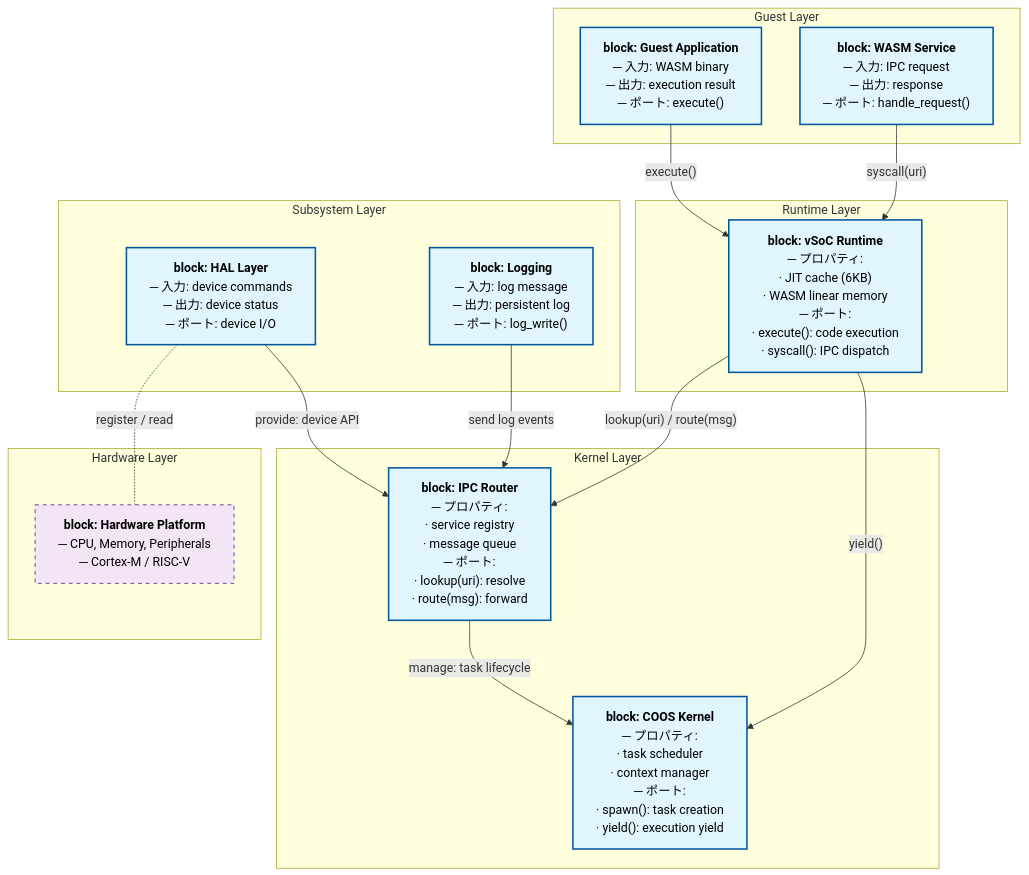
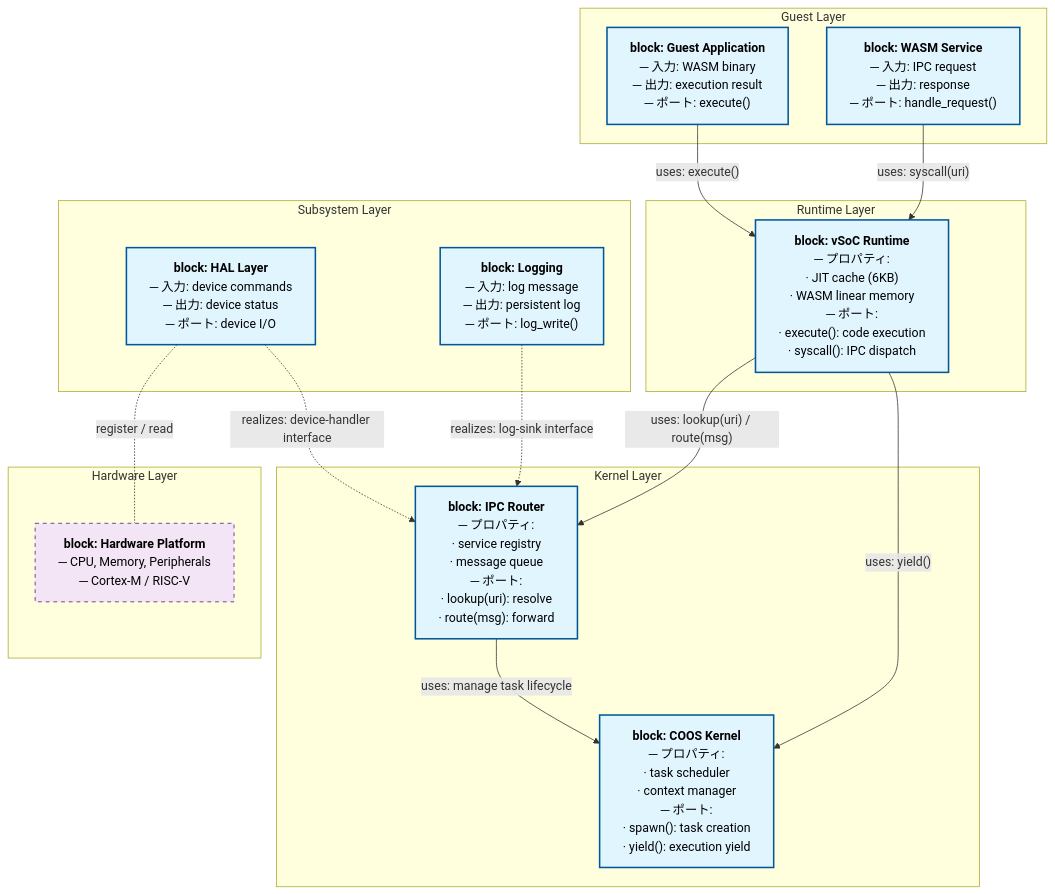
Before and after one commit to kmt-t/fireball: the first of 3 diagrams in docs/architecture/architecture_overview.md, drawn with Mermaid. The commit also changed other lines of this file and 12 other files, not shown here.

First line of the commit message:
docs: resolve WARN findings from re-run audit — wording drift, register-hook layering, Clean Architecture BDD

````diff
--- a/docs/architecture/architecture_overview.md
+++ b/docs/architecture/architecture_overview.md
@@ -33,41 +33,42 @@
 ```mermaid
 graph TD
     classDef blockStyle fill:#e1f5ff,stroke:#01579b,stroke-width:2px,color:#000;
     classDef hwStyle fill:#f3e5f5,stroke:#4a148c,stroke-width:1px,stroke-dasharray: 5 5,color:#000;
 
     subgraph Guest["Guest Layer"]
         App["<b>block: Guest Application</b><br/>─ 入力: WASM binary<br/>─ 出力: execution result<br/>─ ポート: execute()"]:::blockStyle
         Svc["<b>block: WASM Service</b><br/>─ 入力: IPC request<br/>─ 出力: response<br/>─ ポート: handle_request()"]:::blockStyle
     end
 
     subgraph Runtime["Runtime Layer"]
         vSoC["<b>block: vSoC Runtime</b><br/>─ プロパティ:<br/>  · JIT cache (6KB)<br/>  · WASM linear memory<br/>─ ポート:<br/>  · execute(): code execution<br/>  · syscall(): IPC dispatch"]:::blockStyle
     end
 
     subgraph Kernel["Kernel Layer"]
         COOS["<b>block: COOS Kernel</b><br/>─ プロパティ:<br/>  · task scheduler<br/>  · context manager<br/>─ ポート:<br/>  · spawn(): task creation<br/>  · yield(): execution yield"]:::blockStyle
         IPCR["<b>block: IPC Router</b><br/>─ プロパティ:<br/>  · service registry<br/>  · message queue<br/>─ ポート:<br/>  · lookup(uri): resolve<br/>  · route(msg): forward"]:::blockStyle
     end
 
     subgraph Subsystem["Subsystem Layer"]
         HAL["<b>block: HAL Layer</b><br/>─ 入力: device commands<br/>─ 出力: device status<br/>─ ポート: device I/O"]:::blockStyle
         Log["<b>block: Logging</b><br/>─ 入力: log message<br/>─ 出力: persistent log<br/>─ ポート: log_write()"]:::blockStyle
     end
 
     subgraph Hardware["Hardware Layer"]
         HW["<b>block: Hardware Platform</b><br/>─ CPU, Memory, Peripherals<br/>─ Cortex-M / RISC-V"]:::hwStyle
     end
 
-    %% 依存関係 (上から下へ)
-    App -->|"execute()"| vSoC
-    Svc -->|"syscall(uri)"| vSoC
+    %% 実線 = 直接依存 (uses: 呼び出し側が相手の型/シグネチャを知る)
+    %% 破線 = インターフェイス実装 (realizes: 下位が上位定義のインターフェイスを実装)
+    App -->|"uses: execute()"| vSoC
+    Svc -->|"uses: syscall(uri)"| vSoC
     
-    vSoC -->|"yield()"| COOS
-    vSoC -->|"lookup(uri) / route(msg)"| IPCR
+    vSoC -->|"uses: yield()"| COOS
+    vSoC -->|"uses: lookup(uri) / route(msg)"| IPCR
     
-    IPCR -->|"manage: task lifecycle"| COOS
-    HAL -->|"provide: device API"| IPCR
-    Log -->|"send log events"| IPCR
+    IPCR -->|"uses: manage task lifecycle"| COOS
+    HAL -.->|"realizes: device-handler interface"| IPCR
+    Log -.->|"realizes: log-sink interface"| IPCR
     
     HAL -.-|"register / read"| HW
 ```
````
